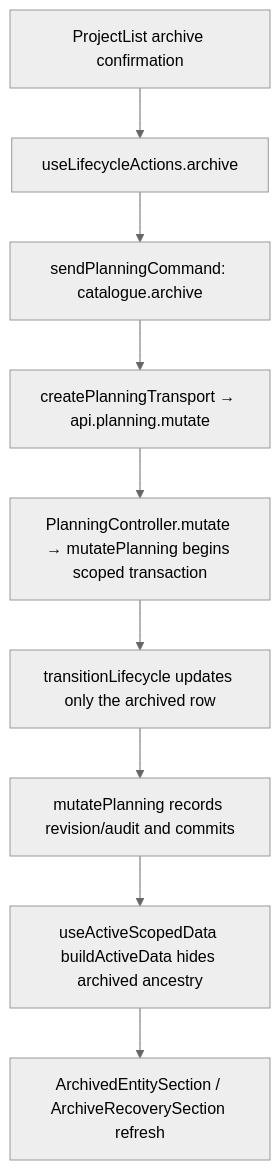
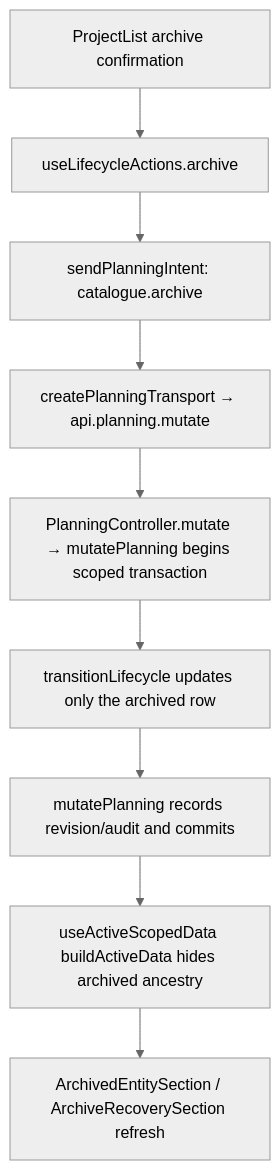
The second of 2 diagrams in user-stories/projects/US-PRJ-03-archive-project.md (Kevinjohn/capacitylens), drawn with Mermaid (neutral theme) before and after one commit. The commit also changed 55 other files, not shown here.

First line of the commit message:
Planning intent: rename planning commands to intents

````diff
--- a/user-stories/projects/US-PRJ-03-archive-project.md
+++ b/user-stories/projects/US-PRJ-03-archive-project.md
@@ -30,7 +30,7 @@
 ```mermaid
 flowchart TD
-  A["ProjectList archive confirmation"] --> B["useLifecycleActions.archive"] --> C["sendPlanningCommand: catalogue.archive"]
+  A["ProjectList archive confirmation"] --> B["useLifecycleActions.archive"] --> C["sendPlanningIntent: catalogue.archive"]
   C --> D["createPlanningTransport → api.planning.mutate"] --> E["PlanningController.mutate → mutatePlanning begins scoped transaction"]
   E --> F["transitionLifecycle updates only the archived row"] --> K["mutatePlanning records revision/audit and commits"] --> F2["useActiveScopedData buildActiveData hides archived ancestry"]
   F2 --> H["ArchivedEntitySection / ArchiveRecoverySection refresh"]
 ```
````
